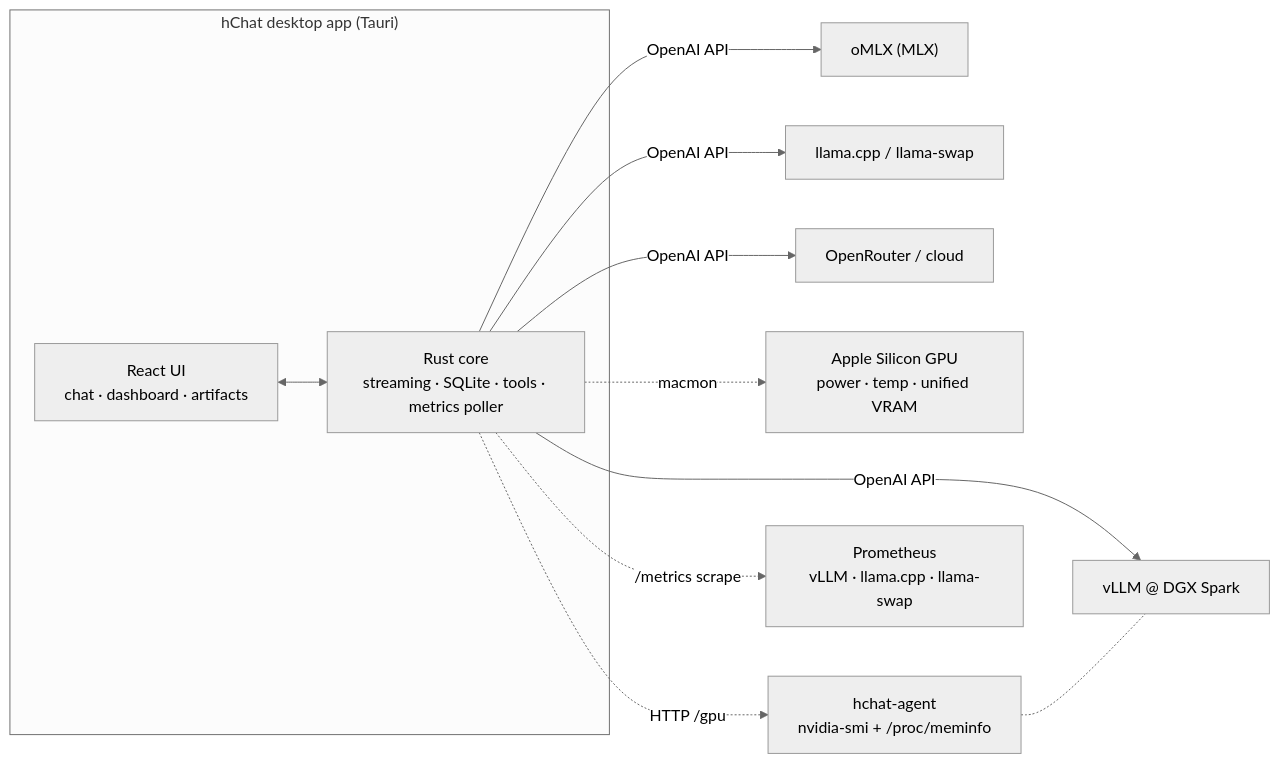
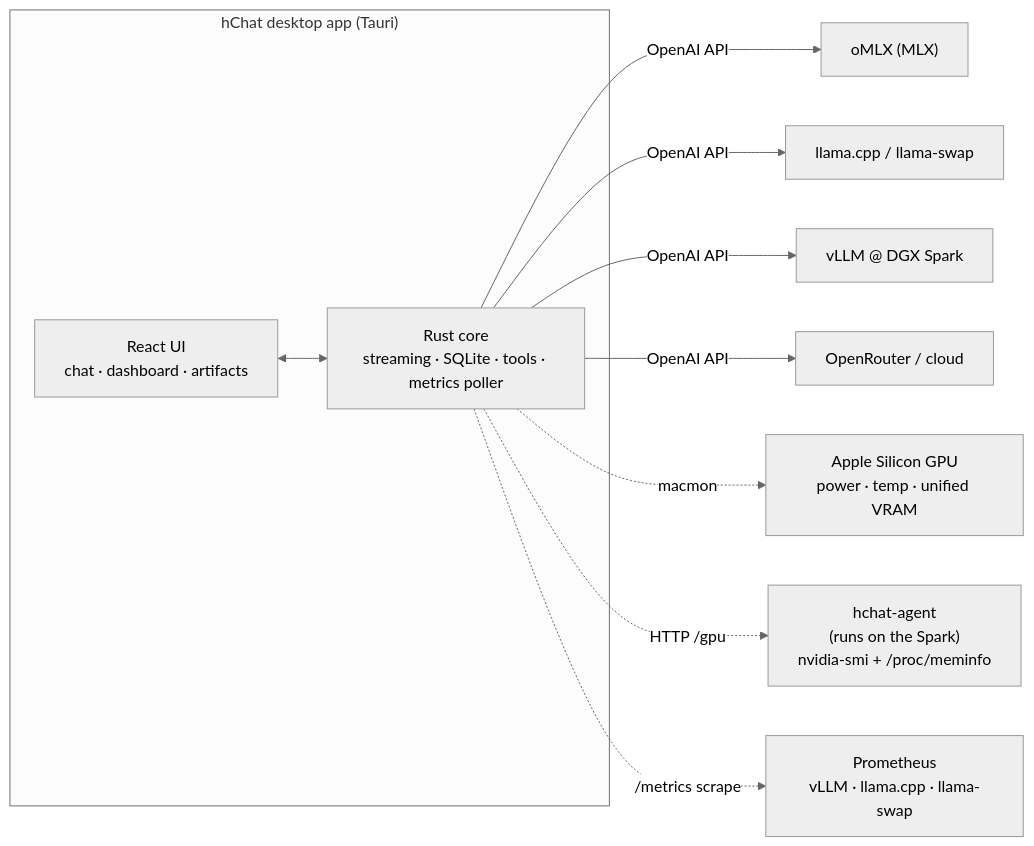
Before and after one commit to heath0xFF/hChat: the diagram in README.md, drawn with Mermaid (neutral theme). The commit also changed other lines of this file and 2 other files, not shown here.

````diff
--- a/README.md
+++ b/README.md
@@ -60,19 +64,17 @@
 ```mermaid
 flowchart LR
   subgraph app["hChat desktop app (Tauri)"]
     ui["React UI<br/>chat · dashboard · artifacts"]
     core["Rust core<br/>streaming · SQLite · tools · metrics poller"]
     ui <--> core
   end
 
   core -->|OpenAI API| omlx["oMLX&nbsp;(MLX)"]
   core -->|OpenAI API| lcpp["llama.cpp / llama-swap"]
   core -->|OpenAI API| vllm["vLLM @ DGX Spark"]
   core -->|OpenAI API| or["OpenRouter / cloud"]
 
   core -.->|macmon| mac["Apple Silicon GPU<br/>power · temp · unified VRAM"]
-  core -.->|HTTP /gpu| agent["hchat-agent<br/>nvidia-smi + /proc/meminfo"]
+  core -.->|HTTP /gpu| agent["hchat-agent<br/>(runs on the Spark)<br/>nvidia-smi + /proc/meminfo"]
   core -.->|/metrics scrape| prom["Prometheus<br/>vLLM · llama.cpp · llama-swap"]
-
-  agent -.- vllm
 ```
````
